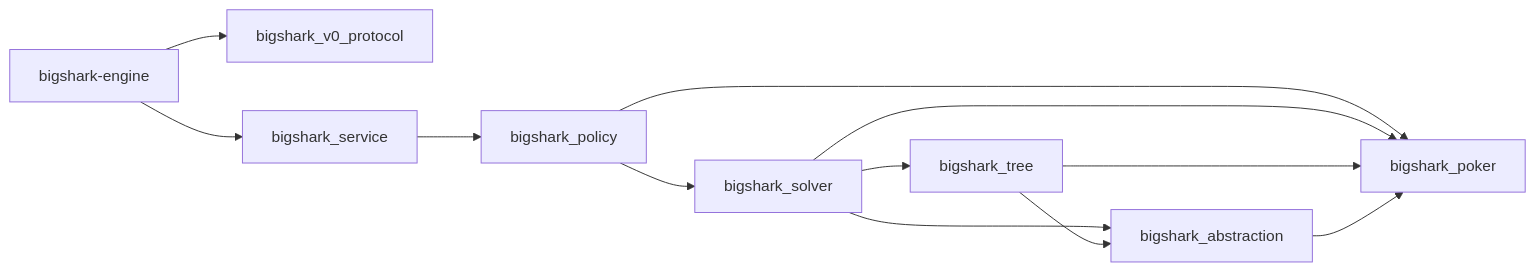
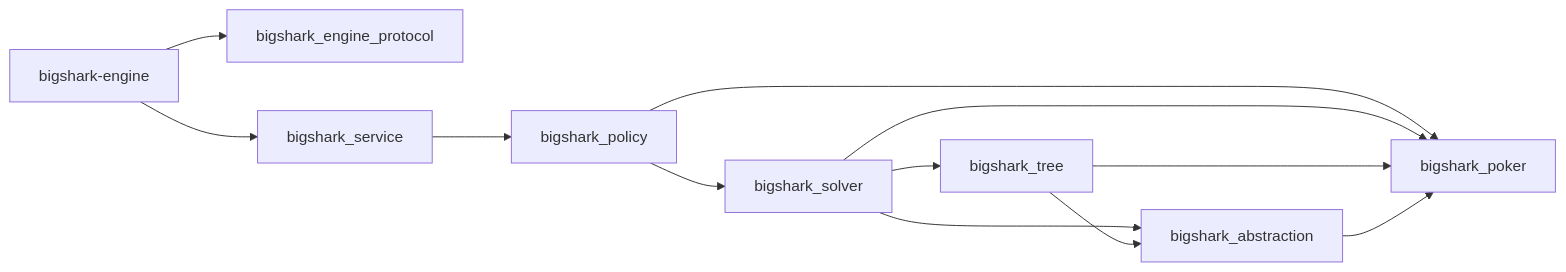
Before and after one commit to Zzzode/BigShark: the second of 5 diagrams in docs/design/gto-engine.md, drawn with Mermaid. The commit also changed other lines of this file and 160 other files, not shown here.

````diff
--- a/docs/design/gto-engine.md
+++ b/docs/design/gto-engine.md
@@ -100,14 +97,14 @@
 ```mermaid
 flowchart LR
-  Host[bigshark-engine] --> V0[bigshark_v0_protocol]
+  Host[bigshark-engine] --> Proto[bigshark_engine_protocol]
   Host --> Service[bigshark_service]
   Service --> Policy[bigshark_policy]
   Policy --> Solver[bigshark_solver]
   Policy --> Poker[bigshark_poker]
   Solver --> Tree[bigshark_tree]
   Solver --> Abstraction[bigshark_abstraction]
   Solver --> Poker
   Tree --> Abstraction
   Tree --> Poker
   Abstraction --> Poker
 ```
````
